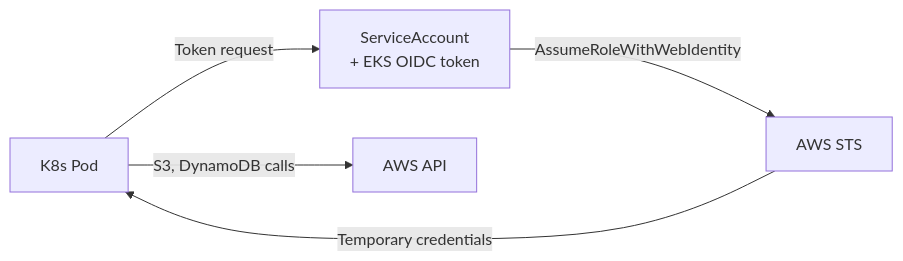
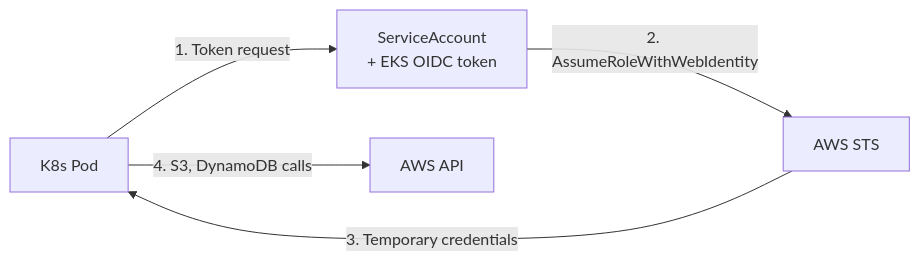
Before and after one commit to rhcwlq89/rhcwlq89.github.io: the fifth of 5 diagrams in src/content/blog/en/aws-credential-federation-deep-dive.md, drawn with Mermaid. The commit also changed other lines of this file and 1 other file, not shown here.

First line of the commit message:
docs: 자격증명 페더레이션 글 5.1·5.3절 다이어그램에 시퀀스 번호 추가 (한/영)

````diff
--- a/src/content/blog/en/aws-credential-federation-deep-dive.md
+++ b/src/content/blog/en/aws-credential-federation-deep-dive.md
@@ -463,7 +463,7 @@
 ```mermaid
 flowchart LR
-    Pod[K8s Pod] -->|Token request| SA[ServiceAccount<br/>+ EKS OIDC token]
-    SA -->|AssumeRoleWithWebIdentity| STS[AWS STS]
-    STS -->|Temporary credentials| Pod
-    Pod -->|S3, DynamoDB calls| AWS[AWS API]
+    Pod[K8s Pod] -->|"1. Token request"| SA[ServiceAccount<br/>+ EKS OIDC token]
+    SA -->|"2. AssumeRoleWithWebIdentity"| STS[AWS STS]
+    STS -->|"3. Temporary credentials"| Pod
+    Pod -->|"4. S3, DynamoDB calls"| AWS[AWS API]
 ```
````
